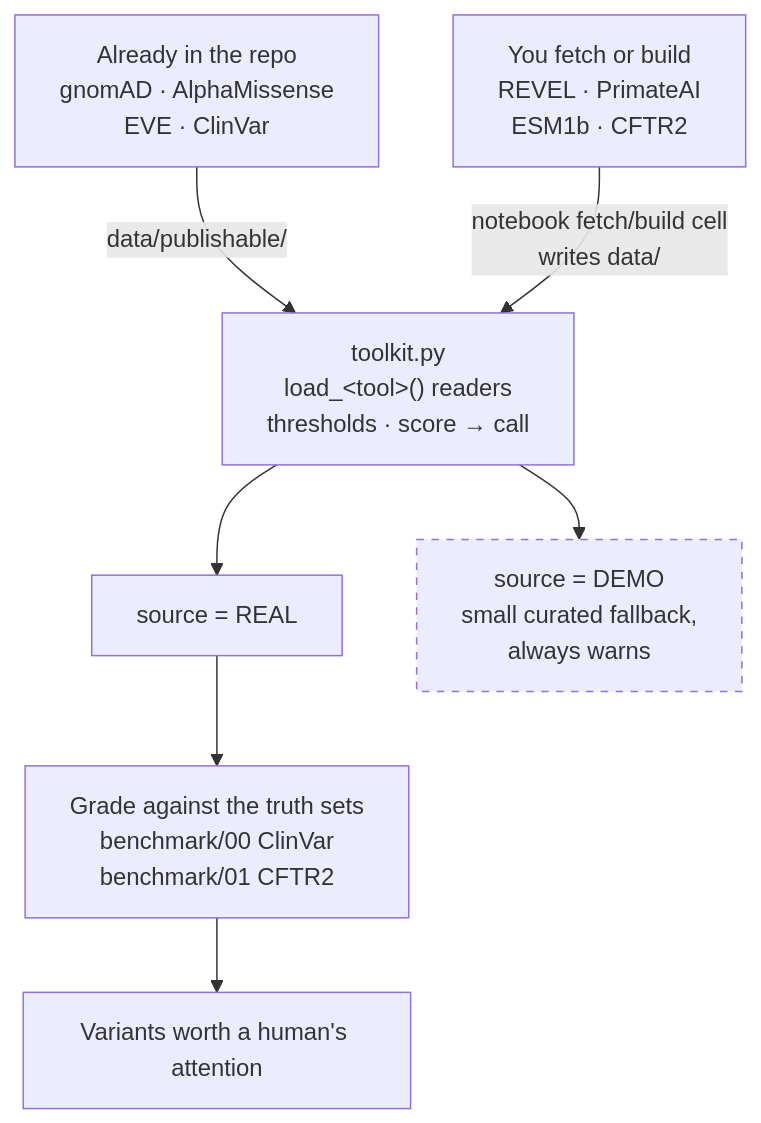
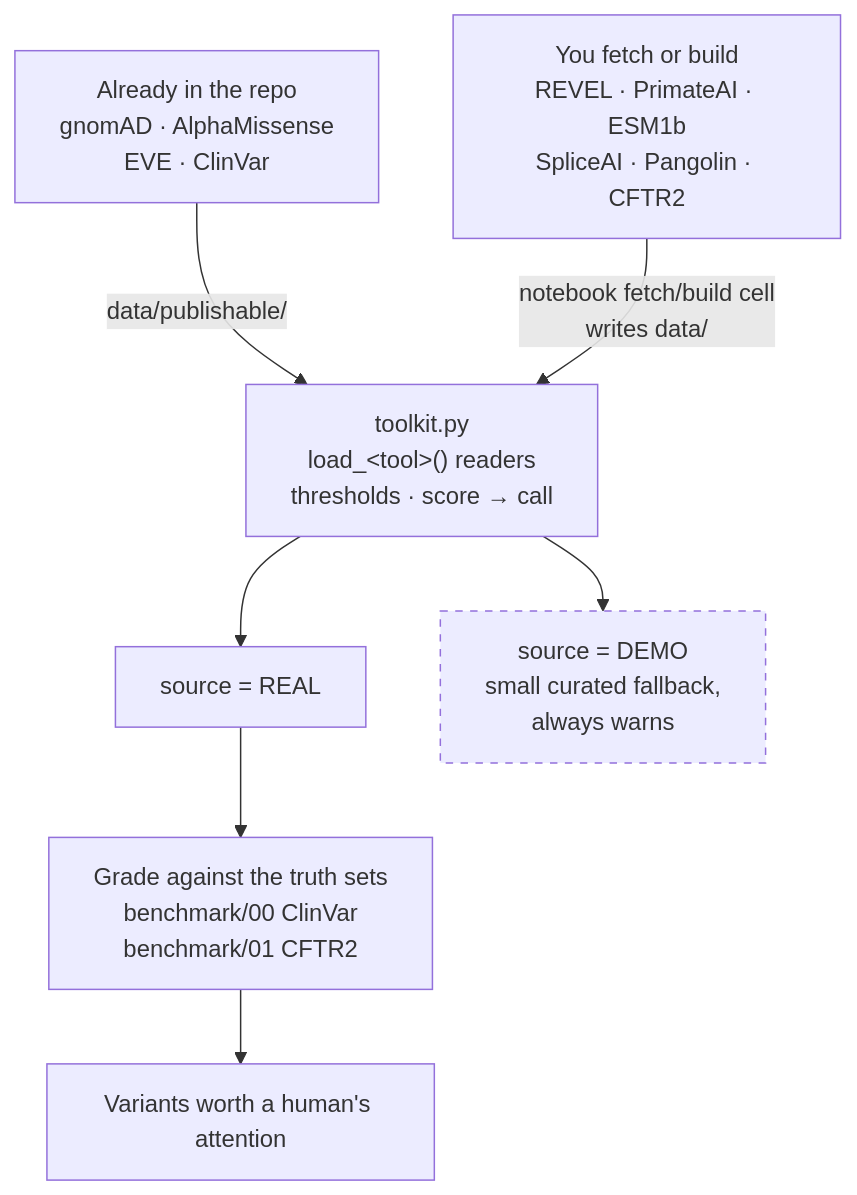
Before and after one commit to EvanWu19/cftr-variant-toolkit: the diagram in README.md, drawn with Mermaid. The commit also changed other lines of this file and 9 other files, not shown here.

````diff
--- a/README.md
+++ b/README.md
@@ -63,18 +67,18 @@
 ```mermaid
 flowchart TB
     SHIP["Already in the repo<br/>gnomAD · AlphaMissense<br/>EVE · ClinVar"]
-    FETCH["You fetch or build<br/>REVEL · PrimateAI<br/>ESM1b · CFTR2"]
+    FETCH["You fetch or build<br/>REVEL · PrimateAI · ESM1b<br/>SpliceAI · Pangolin · CFTR2"]
 
     SHIP -->|"data/publishable/"| TK
     FETCH -->|"notebook fetch/build cell<br/>writes data/"| TK
 
     TK["toolkit.py<br/>load_&lt;tool&gt;() readers<br/>thresholds · score → call"]
 
     TK --> REAL["source = REAL"]
     TK --> DEMO["source = DEMO<br/>small curated fallback,<br/>always warns"]
 
     REAL --> X["Grade against the truth sets<br/>benchmark/00 ClinVar<br/>benchmark/01 CFTR2"]
     X --> W["Variants worth a human's attention"]
 
     style DEMO stroke-dasharray: 5 5
 ```
````
